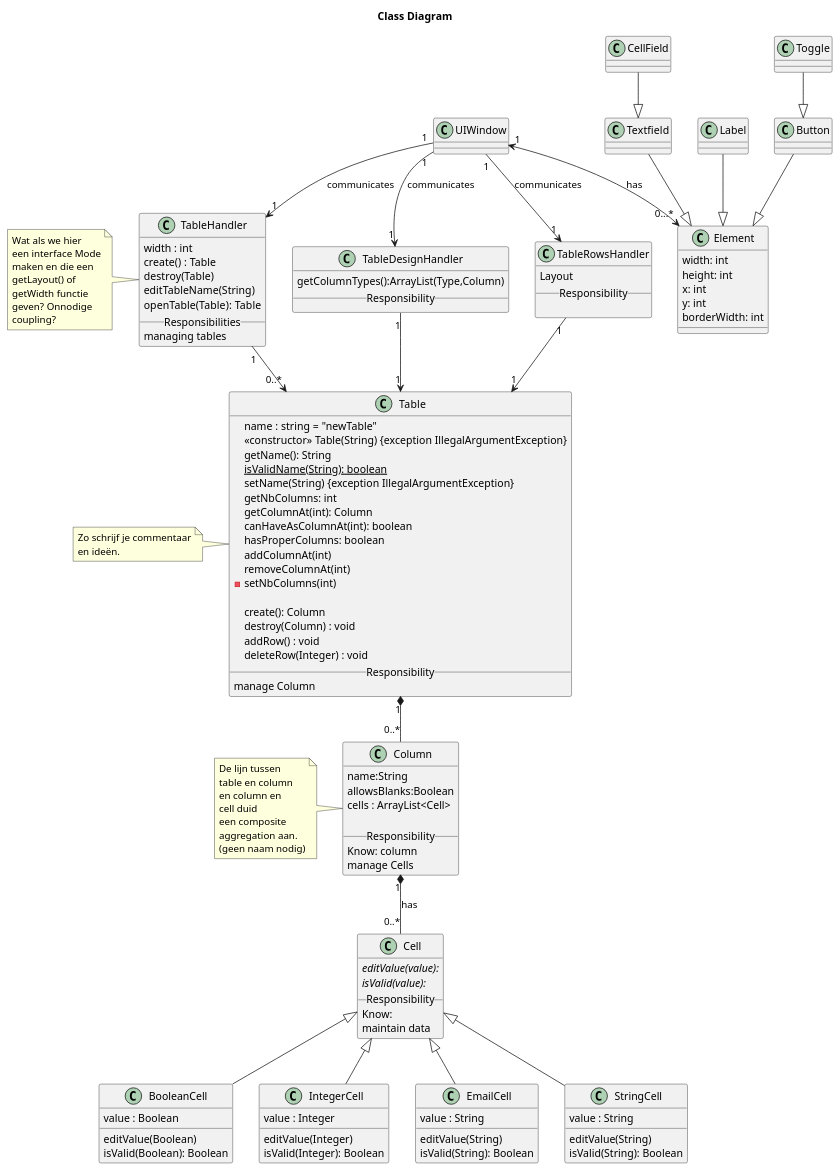
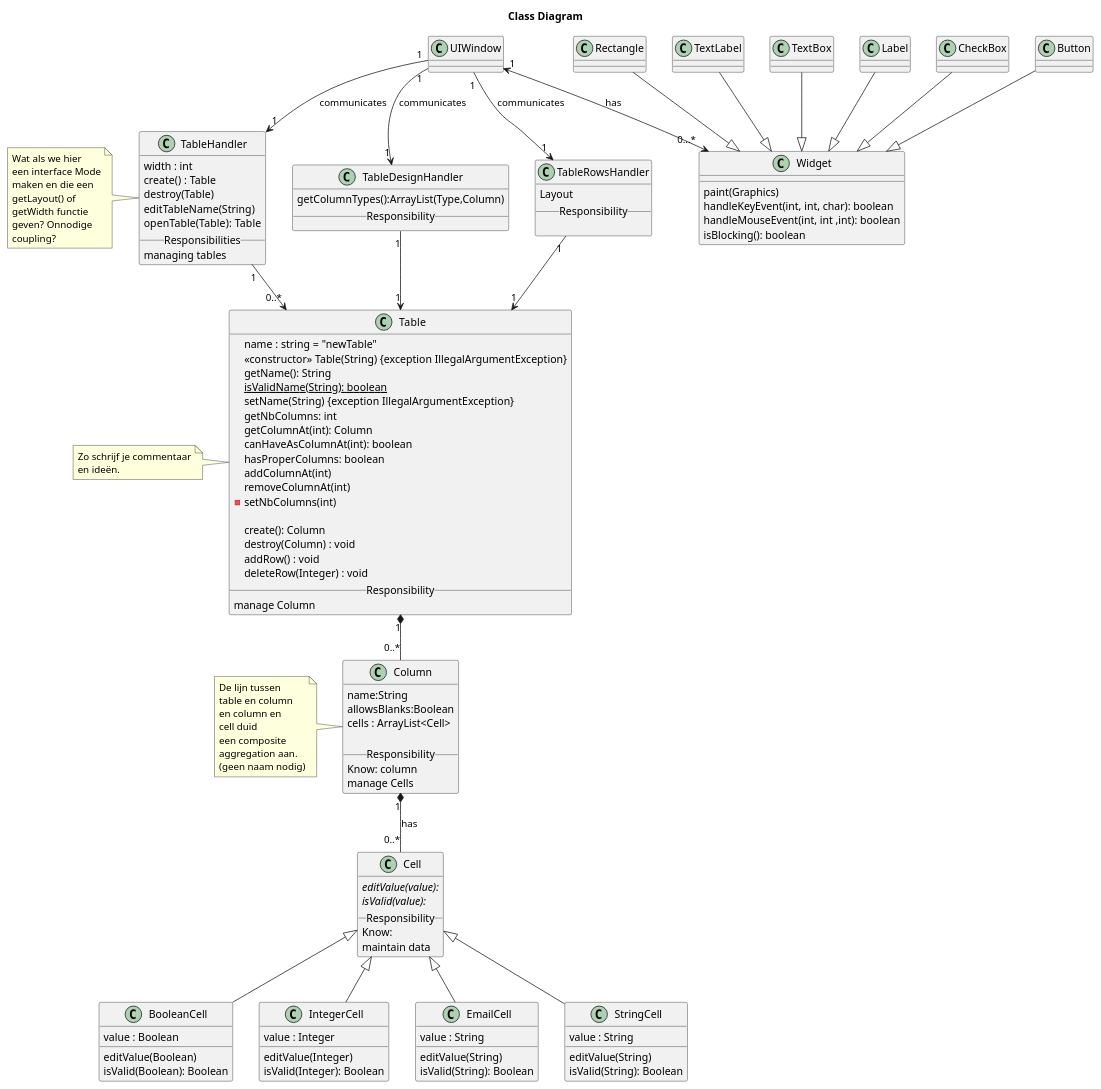
One commit to Bhamoss/softwareOntwerpProject changed the diagram in diagrams/classDiagrams/classDiagram.puml. Above: the diagram before and after it, drawn with PlantUML. The commit also changed 6 other files, not shown here.

```diff
--- a/diagrams/classDiagrams/classDiagram.puml
+++ b/diagrams/classDiagrams/classDiagram.puml
@@ -1,156 +1,162 @@
 @startuml
 title Class Diagram
 
-class Textfield{
+class Widget{
+    paint(Graphics)
+    handleKeyEvent(int, int, char): boolean
+    handleMouseEvent(int, int ,int): boolean
+    isBlocking(): boolean
 }
-Textfield --|> Element
+UIWindow "1" <--> "0...*" Widget: has
+
+
+class Rectangle{
+}
+Rectangle --|> Widget
+
+class TextLabel{
+}
+TextLabel --|> Widget
+
+class TextBox {
+}
+TextBox --|> Widget
 
 class Label{
 }
-Label --|> Element
+Label --|> Widget
 
-class Toggle{
+class CheckBox{
 }
-Toggle --|> Button
+CheckBox --|> Widget
 class Button{
 }
-Button --|> Element
+Button --|> Widget
 
-class CellField{
-}
-CellField --|> Textfield
 
-class Element{
-    width: int
-    height: int
-    x: int
-    y: int
-    borderWidth: int
-}
-UIWindow "1" <--> "0...*" Element: has
 
 class UIWindow{
 }
 
 UIWindow "1" --> "1" TableHandler:  communicates
 UIWindow "1" --> "1" TableDesignHandler:  communicates
 UIWindow "1" --> "1" TableRowsHandler:  communicates
 
 
 class TableHandler{
     width : int
     create() : Table
     destroy(Table)
     editTableName(String)
     openTable(Table): Table
     __Responsibilities__
     managing tables
 }
 note left
     Wat als we hier
     een interface Mode
     maken en die een
     getLayout() of
     getWidth functie
     geven? Onnodige
     coupling?
 end note
 TableHandler "1" --> "0..*" Table
 TableDesignHandler "1" --> "1" Table
 TableRowsHandler "1" --> "1" Table
 
 note left
     Zo schrijf je commentaar
     en ideën.
 end note
 
 class TableDesignHandler{
     getColumnTypes():ArrayList(Type,Column)
 __Responsibility__
 }
 
 class TableRowsHandler{
     Layout
 __Responsibility__
 
 }
 
 class Table{
     name : string = "newTable"
     <<constructor>> Table(String) {exception IllegalArgumentException}
     getName(): String
     isValidName(String): boolean {static}
     setName(String) {exception IllegalArgumentException}
     getNbColumns: int
     getColumnAt(int): Column
     canHaveAsColumnAt(int): boolean
     hasProperColumns: boolean
     addColumnAt(int)
     removeColumnAt(int)
     - setNbColumns(int)
 
     create(): Column
     destroy(Column) : void
     addRow() : void
     deleteRow(Integer) : void
 __Responsibility__
 manage Column
 }
 
 
 
 class Cell{
 editValue(value): {abstract}
 isValid(value): {abstract}
 __Responsibility__
 Know:
 maintain data
 }
 Cell <|-- BooleanCell
 Cell <|-- IntegerCell
 Cell <|-- EmailCell
 Cell <|-- StringCell
 
 class Column{
 name:String
 allowsBlanks:Boolean
 cells : ArrayList<Cell>
 
 __Responsibility__
 Know: column
 manage Cells
 }
 
 Table "1" *-- "0..*" Column
 note left
     De lijn tussen
     table en column
     en column en
     cell duid
     een composite
     aggregation aan.
     (geen naam nodig)
 end note
 Column "1" *-- "0..*" Cell: has
 
 class BooleanCell{
 value : Boolean
 editValue(Boolean)
 isValid(Boolean): Boolean
 }
 class StringCell{
 value : String
 editValue(String)
 isValid(String): Boolean
 }
 class EmailCell{
 value : String
 editValue(String)
 isValid(String): Boolean
 }
 class IntegerCell{
 value : Integer
 editValue(Integer)
 isValid(Integer): Boolean
 }
 @enduml
```
